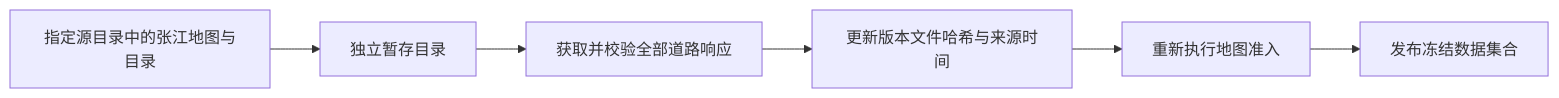
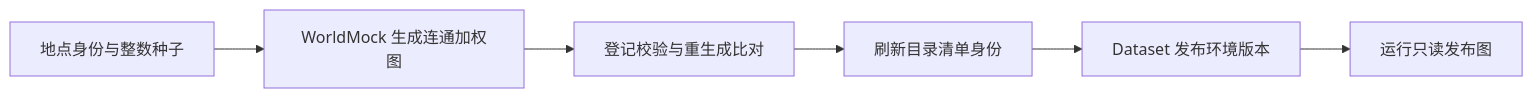
Before and after one commit to HoldThatThgt/WorldMock: the fifth of 7 diagrams in docs/design/03-resource-engine.md, drawn with Mermaid. The commit also changed other lines of this file and 79 other files, not shown here.

Commit message:
feat(life): derive travel and location evidence from the published graph

````diff
--- a/docs/design/03-resource-engine.md
+++ b/docs/design/03-resource-engine.md
@@ -242,8 +230,8 @@
 ```mermaid
 flowchart LR
-    I[指定源目录中的张江地图与目录] --> S[独立暂存目录]
-    S --> R[获取并校验全部道路响应]
-    R --> H[更新版本文件哈希与来源时间]
-    H --> A[重新执行地图准入]
-    A --> P[发布冻结数据集合]
+    L[地点身份与整数种子] --> G[WorldMock 生成连通加权图]
+    G --> V[登记校验与重生成比对]
+    V --> I[刷新目录清单身份]
+    I --> P[Dataset 发布环境版本]
+    P --> R[运行只读发布图]
 ```
````
